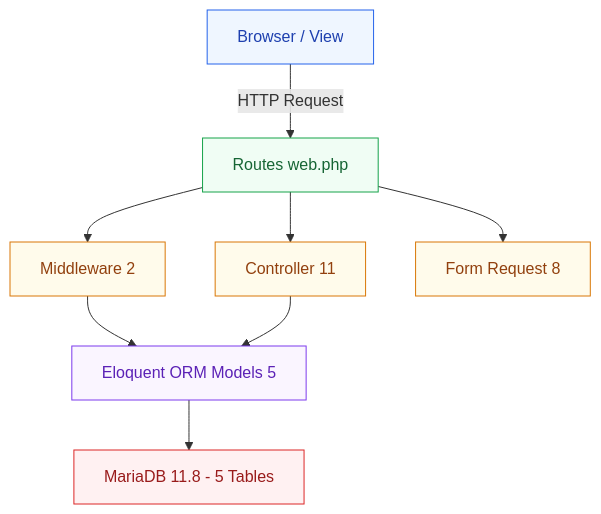
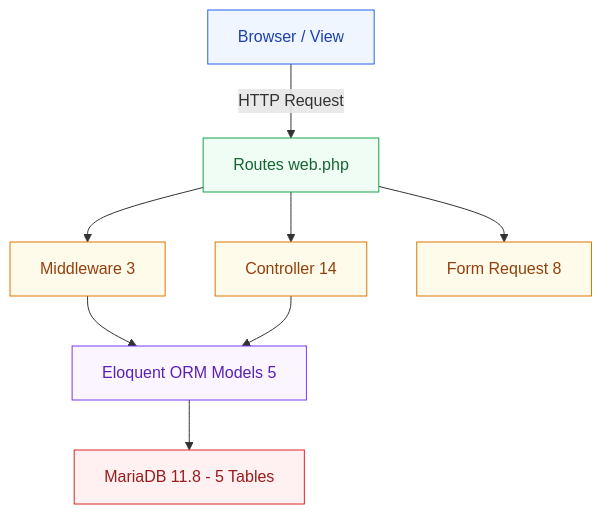
One commit to CallMeJaja/sistem-manajemen-perpustakaan changed the seventh of 8 diagrams in README.md. Above: the diagram before and after it, drawn with Mermaid. The commit also changed other lines of this file and 13 other files, not shown here.

````diff
--- a/README.md
+++ b/README.md
@@ -642,18 +676,18 @@
 ```mermaid
 flowchart TD
     A[Browser / View] -->|HTTP Request| B[Routes web.php]
-    B --> C[Middleware 2]
-    B --> D[Controller 11]
+    B --> C[Middleware 3]
+    B --> D[Controller 14]
     B --> E[Form Request 8]
     C --> F[Eloquent ORM Models 5]
     D --> F
     F --> G[MariaDB 11.8 - 5 Tables]
 
     style A fill:#eff6ff,stroke:#2563eb,color:#1e40af
     style B fill:#f0fdf4,stroke:#16a34a,color:#166534
     style C fill:#fffbeb,stroke:#d97706,color:#92400e
     style D fill:#fffbeb,stroke:#d97706,color:#92400e
     style E fill:#fffbeb,stroke:#d97706,color:#92400e
     style F fill:#faf5ff,stroke:#7c3aed,color:#5b21b6
     style G fill:#fff1f2,stroke:#dc2626,color:#991b1b
 ```
````
